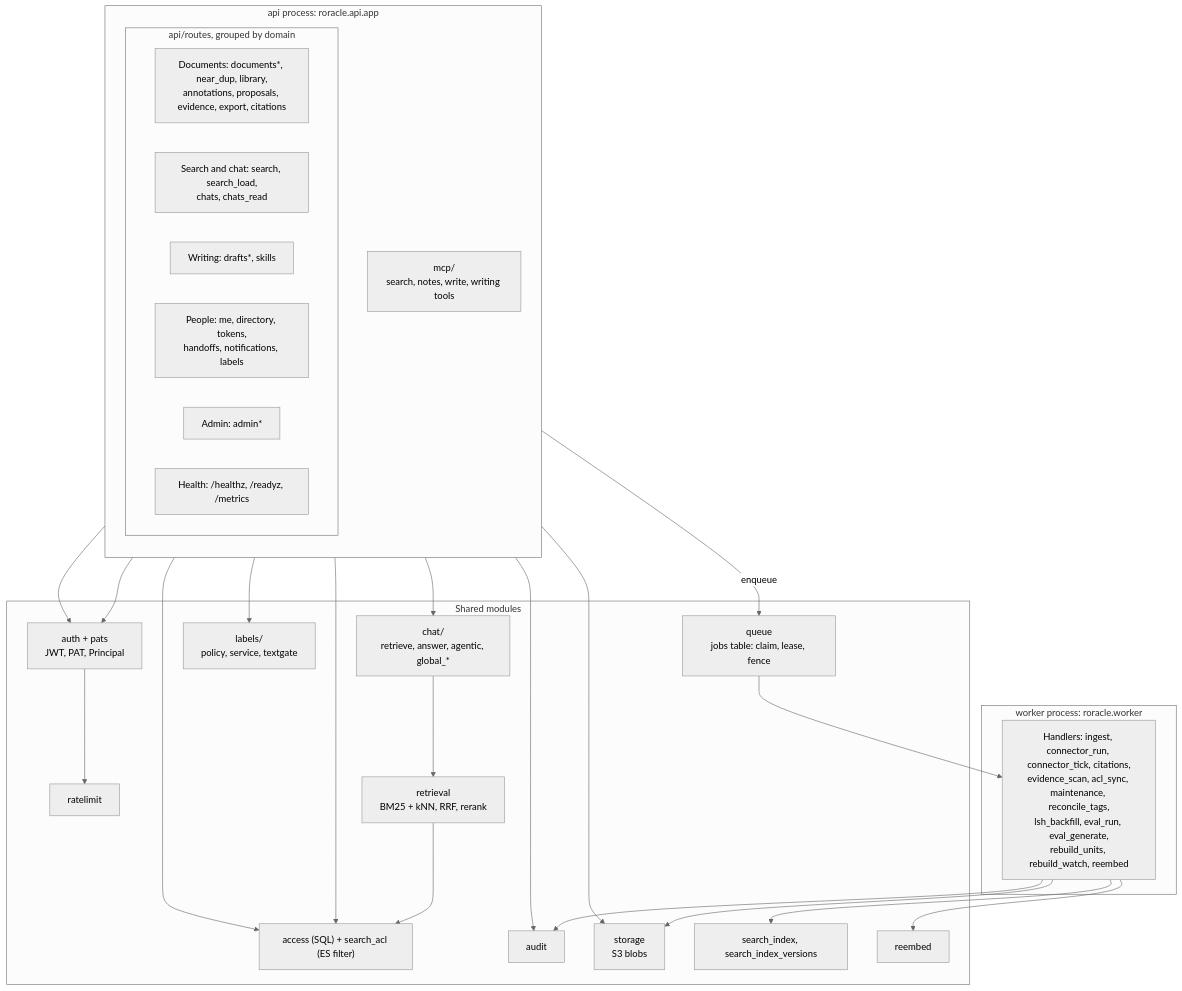
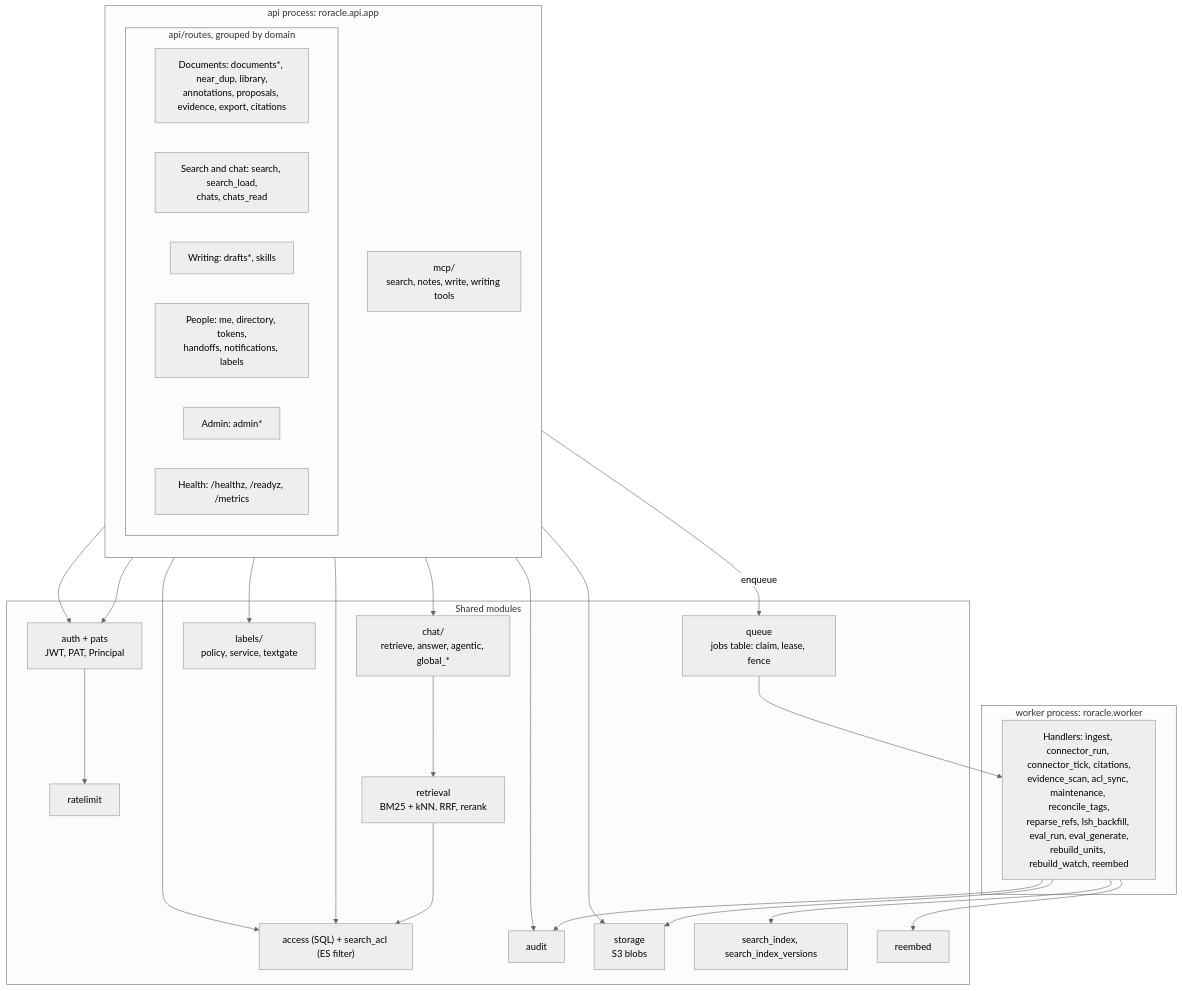
The third of 3 diagrams in docs/architecture/overview.md (sgtslaughta/roracle), drawn with Mermaid (neutral theme) before and after one commit. The commit also changed 5 other files, not shown here.

````diff
--- a/docs/architecture/overview.md
+++ b/docs/architecture/overview.md
@@ -164,51 +164,51 @@
 ```mermaid
 flowchart TB
   subgraph apiproc["api process: roracle.api.app"]
     direction TB
     subgraph routes["api/routes, grouped by domain"]
       rdoc["Documents: documents*, near_dup, library,<br/>annotations, proposals, evidence, export, citations"]
       rsearch["Search and chat: search, search_load,<br/>chats, chats_read"]
       rwrite["Writing: drafts*, skills"]
       rpeople["People: me, directory, tokens,<br/>handoffs, notifications, labels"]
       radmin["Admin: admin*"]
       rhealth["Health: /healthz, /readyz, /metrics"]
     end
     mcp["mcp/<br/>search, notes, write, writing tools"]
   end
 
   subgraph core["Shared modules"]
     auth["auth + pats<br/>JWT, PAT, Principal"]
     rl["ratelimit"]
     acl["access (SQL) + search_acl (ES filter)"]
     ret["retrieval<br/>BM25 + kNN, RRF, rerank"]
     chat["chat/<br/>retrieve, answer, agentic, global_*"]
     labels["labels/<br/>policy, service, textgate"]
     audit["audit"]
     store["storage<br/>S3 blobs"]
     sidx["search_index, search_index_versions"]
     reemb["reembed"]
     queue["queue<br/>jobs table: claim, lease, fence"]
   end
 
   subgraph workerproc["worker process: roracle.worker"]
-    handlers["Handlers: ingest, connector_run, connector_tick, citations,<br/>evidence_scan, acl_sync, maintenance, reconcile_tags,<br/>lsh_backfill, eval_run, eval_generate,<br/>rebuild_units, rebuild_watch, reembed"]
+    handlers["Handlers: ingest, connector_run, connector_tick, citations,<br/>evidence_scan, acl_sync, maintenance, reconcile_tags,<br/>reparse_refs, lsh_backfill, eval_run, eval_generate,<br/>rebuild_units, rebuild_watch, reembed"]
   end
 
   routes --> auth
   mcp --> auth
   auth --> rl
   routes --> acl
   mcp --> acl
   routes --> chat
   chat --> ret
   ret --> acl
   routes --> labels
   routes --> audit
   routes --> store
   routes -->|"enqueue"| queue
   queue --> handlers
   handlers --> store
   handlers --> sidx
   handlers --> reemb
   handlers --> audit
 ```
````
